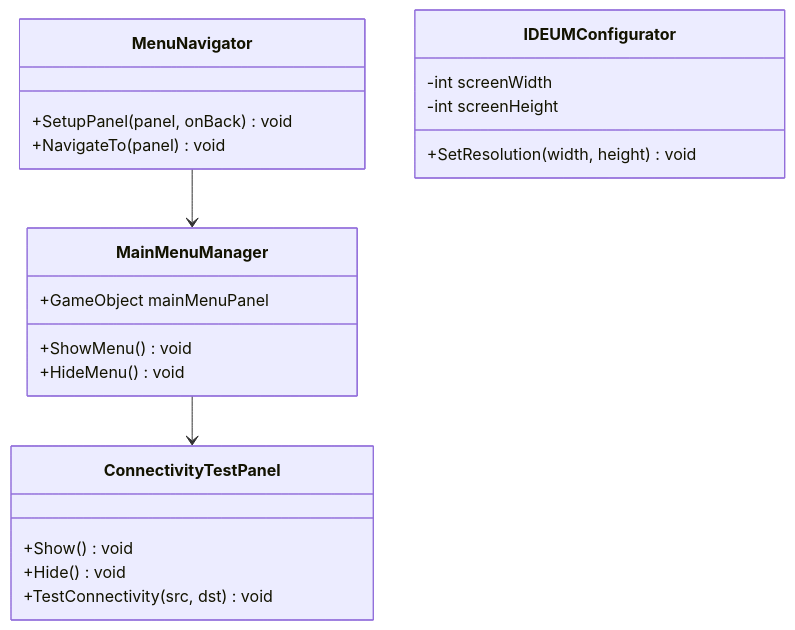
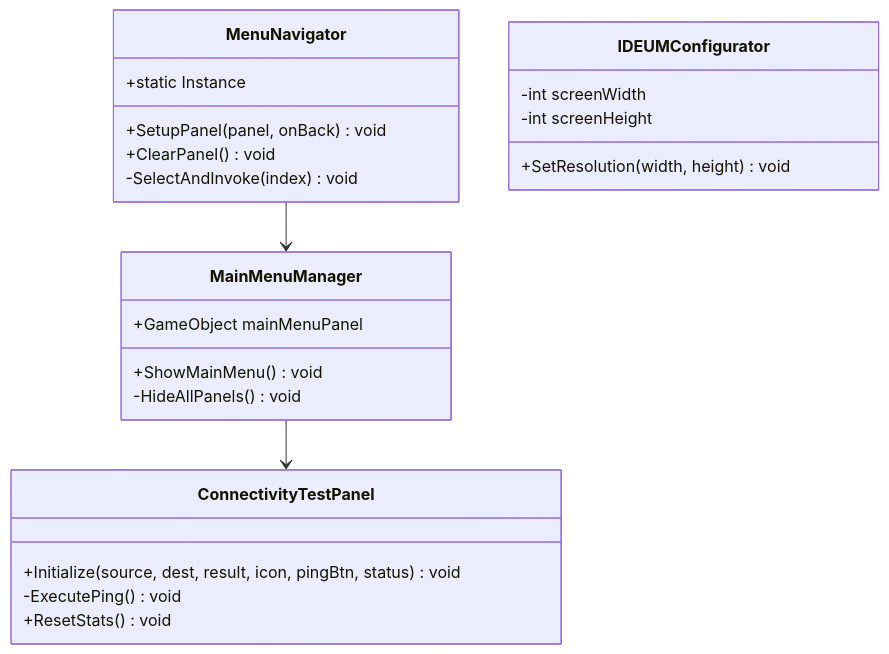
The fourth of 4 diagrams in docs/diagrams/mermaid/05-class-ui.md (Josmarinr/ProyectoGI_SimuladorRedesIDEUM), drawn with Mermaid before and after one commit. The commit also changed other lines of this file and 28 other files, not shown here.

````diff
--- a/docs/diagrams/mermaid/05-class-ui.md
+++ b/docs/diagrams/mermaid/05-class-ui.md
@@ -139,28 +138,30 @@
 ```mermaid
 classDiagram
     class MenuNavigator {
+        +static Instance
         +SetupPanel(panel, onBack) void
-        +NavigateTo(panel) void
+        +ClearPanel() void
+        -SelectAndInvoke(index) void
     }
 
     class MainMenuManager {
         +GameObject mainMenuPanel
-        +ShowMenu() void
-        +HideMenu() void
+        +ShowMainMenu() void
+        -HideAllPanels() void
     }
 
     class ConnectivityTestPanel {
-        +Show() void
-        +Hide() void
-        +TestConnectivity(src, dst) void
+        +Initialize(source, dest, result, icon, pingBtn, status) void
+        -ExecutePing() void
+        +ResetStats() void
     }
 
     class IDEUMConfigurator {
         -int screenWidth
         -int screenHeight
         +SetResolution(width, height) void
     }
 
     MenuNavigator --> MainMenuManager
     MainMenuManager --> ConnectivityTestPanel
 ```
````
